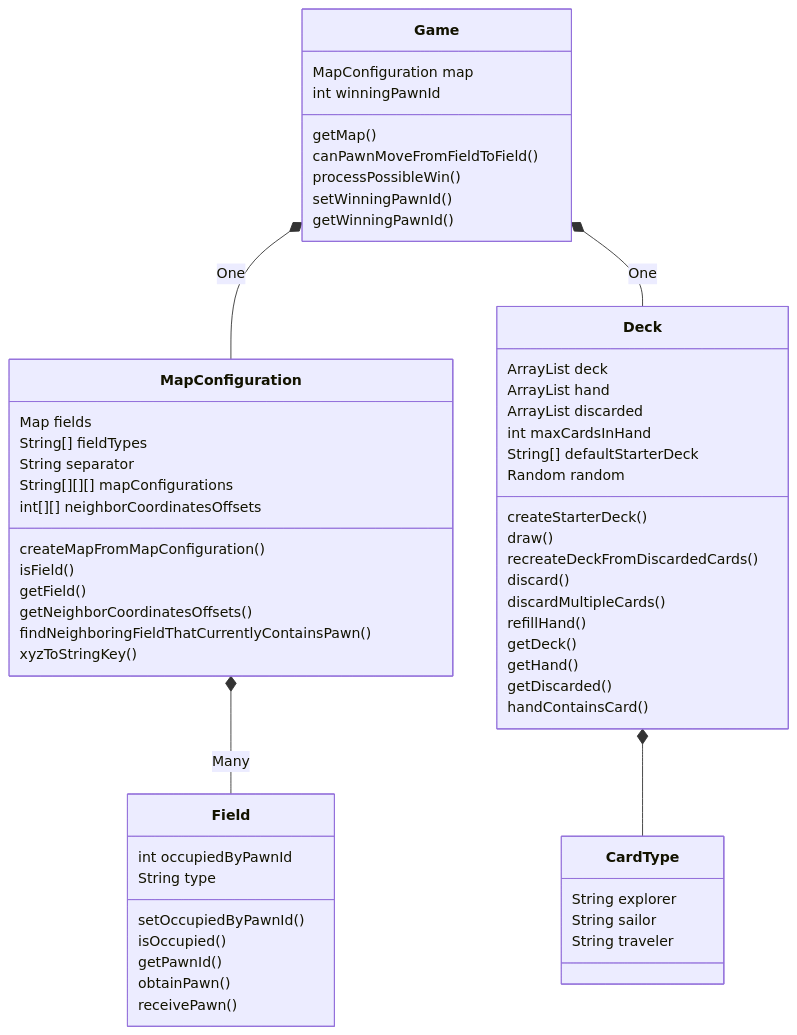
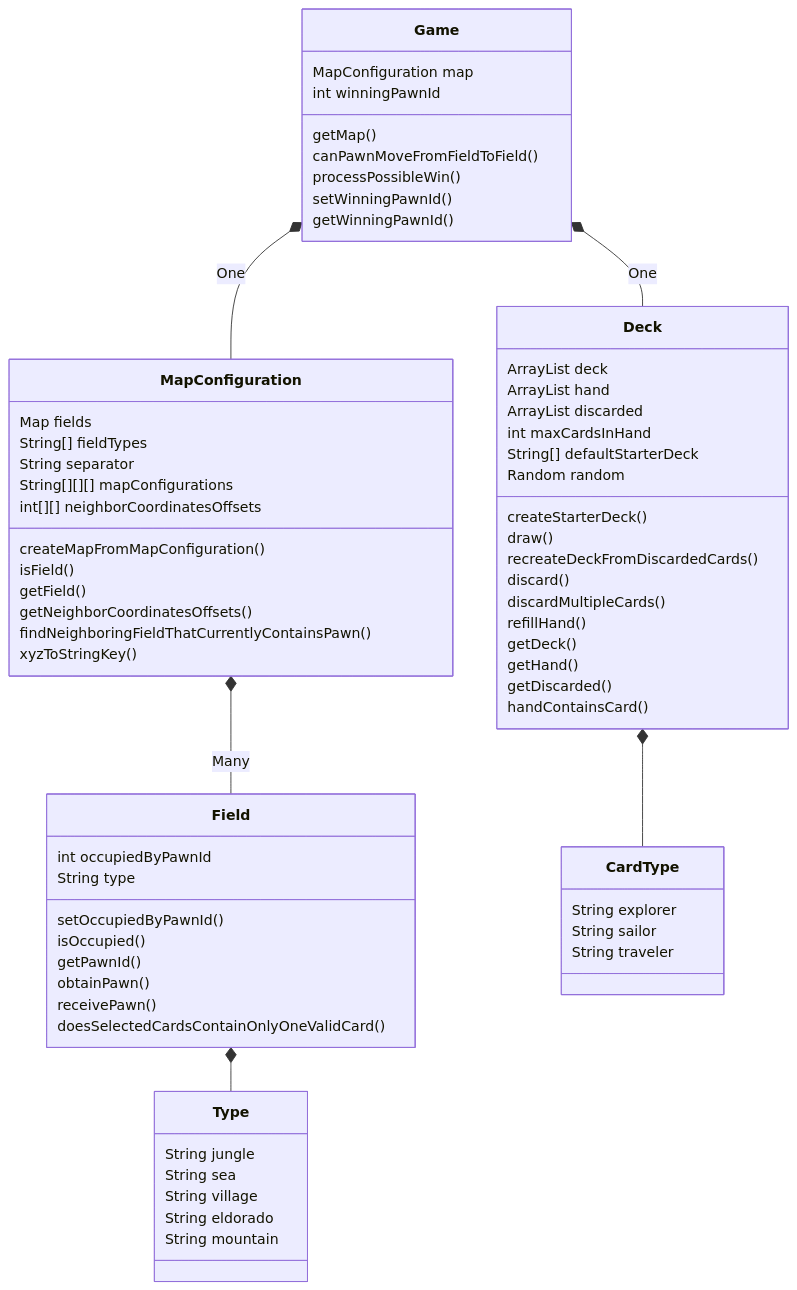
The ninth of 9 diagrams in ARCHITECTURE.md (stijnlinderman/eldorado), drawn with Mermaid before and after one commit.

````diff
--- a/ARCHITECTURE.md
+++ b/ARCHITECTURE.md
@@ -225,51 +225,58 @@
 ```mermaid
 classDiagram
 	Game *-- MapConfiguration : One
 	Game *-- Deck : One
 	Game : MapConfiguration map
 	Game : int winningPawnId
 	Game : getMap()
 	Game : canPawnMoveFromFieldToField()
 	Game : processPossibleWin()
 	Game : setWinningPawnId()
 	Game : getWinningPawnId()
 	MapConfiguration *-- Field : Many
 	MapConfiguration : Map<String,Field> fields
 	MapConfiguration : String[] fieldTypes
 	MapConfiguration : String separator
 	MapConfiguration : String[][][] mapConfigurations
 	MapConfiguration : int[][] neighborCoordinatesOffsets
 	MapConfiguration : createMapFromMapConfiguration()
 	MapConfiguration : isField()
 	MapConfiguration : getField()
 	MapConfiguration : getNeighborCoordinatesOffsets()
 	MapConfiguration : findNeighboringFieldThatCurrentlyContainsPawn()
 	MapConfiguration : xyzToStringKey()
+	Field *-- Type
 	Field : int occupiedByPawnId
 	Field : String type
 	Field : setOccupiedByPawnId()
 	Field : isOccupied()
 	Field : getPawnId()
 	Field : obtainPawn()
 	Field : receivePawn()
+	Field : doesSelectedCardsContainOnlyOneValidCard()
+	Type : String jungle
+	Type : String sea
+	Type : String village
+	Type : String eldorado
+	Type : String mountain
 	Deck *-- CardType
 	Deck : ArrayList<String> deck
 	Deck : ArrayList<String> hand
 	Deck : ArrayList<String> discarded
 	Deck : int maxCardsInHand
 	Deck : String[] defaultStarterDeck
 	Deck : Random random
 	Deck : createStarterDeck()
 	Deck : draw()
 	Deck : recreateDeckFromDiscardedCards()
 	Deck : discard()
 	Deck : discardMultipleCards()
 	Deck : refillHand()
 	Deck : getDeck()
 	Deck : getHand()
 	Deck : getDiscarded()
 	Deck : handContainsCard()
 	CardType : String explorer
 	CardType : String sailor
 	CardType : String traveler
 ```
````
